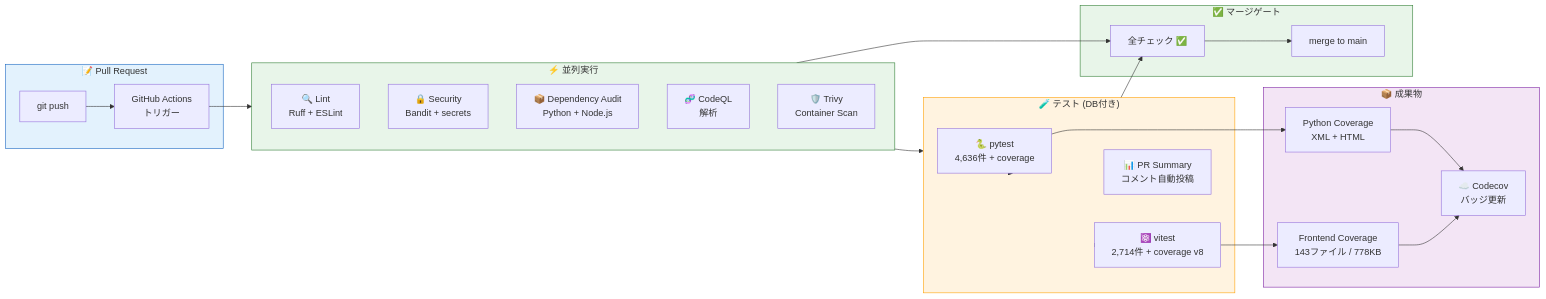
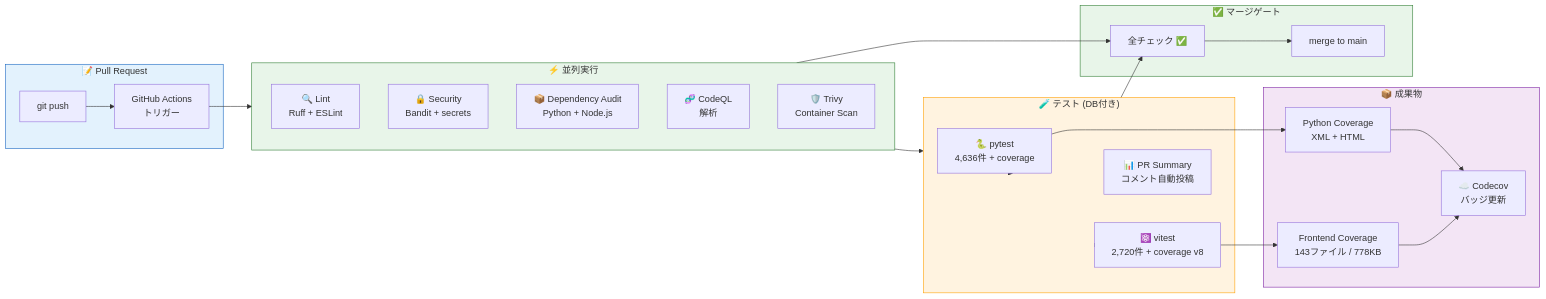
Before and after one commit to Kensan196948G/AEGIS-SIGHT: the first of 6 diagrams in README.md, drawn with Mermaid. The commit also changed other lines of this file and 1 other file, not shown here.

````diff
--- a/README.md
+++ b/README.md
@@ -144,46 +144,46 @@
 ```mermaid
 flowchart LR
     subgraph PR["📝 Pull Request"]
         PUSH["git push"] --> TRIGGER["GitHub Actions\nトリガー"]
     end
 
     subgraph PARALLEL["⚡ 並列実行"]
         direction TB
         LINT["🔍 Lint\nRuff + ESLint"]
         SEC["🔒 Security\nBandit + secrets"]
         DEPS["📦 Dependency Audit\nPython + Node.js"]
         CODEQL["🧬 CodeQL\n解析"]
         TRIVY["🛡️ Trivy\nContainer Scan"]
     end
 
     subgraph TEST["🧪 テスト (DB付き)"]
         PYTEST["🐍 pytest\n4,636件 + coverage"]
-        VITEST["⚛️ vitest\n2,714件 + coverage v8"]
+        VITEST["⚛️ vitest\n2,720件 + coverage v8"]
         REPORT["📊 PR Summary\nコメント自動投稿"]
     end
 
     subgraph ARTIFACTS["📦 成果物"]
         PY_COV["Python Coverage\nXML + HTML"]
         FE_COV["Frontend Coverage\n143ファイル / 778KB"]
         CODECOV["☁️ Codecov\nバッジ更新"]
     end
 
     subgraph GATE["✅ マージゲート"]
         GREEN["全チェック ✅"] --> MERGE["merge to main"]
     end
 
     TRIGGER --> PARALLEL
     PARALLEL --> TEST
     TEST --> PYTEST & VITEST
     PYTEST --> PY_COV
     VITEST --> FE_COV
     PY_COV & FE_COV --> CODECOV
     TEST --> REPORT
     PARALLEL & TEST --> GREEN
 
     style PR fill:#E3F2FD,stroke:#1565C0
     style PARALLEL fill:#E8F5E9,stroke:#2E7D32
     style TEST fill:#FFF3E0,stroke:#FFA000
     style ARTIFACTS fill:#F3E5F5,stroke:#7B1FA2
     style GATE fill:#E8F5E9,stroke:#2E7D32
 ```
````
